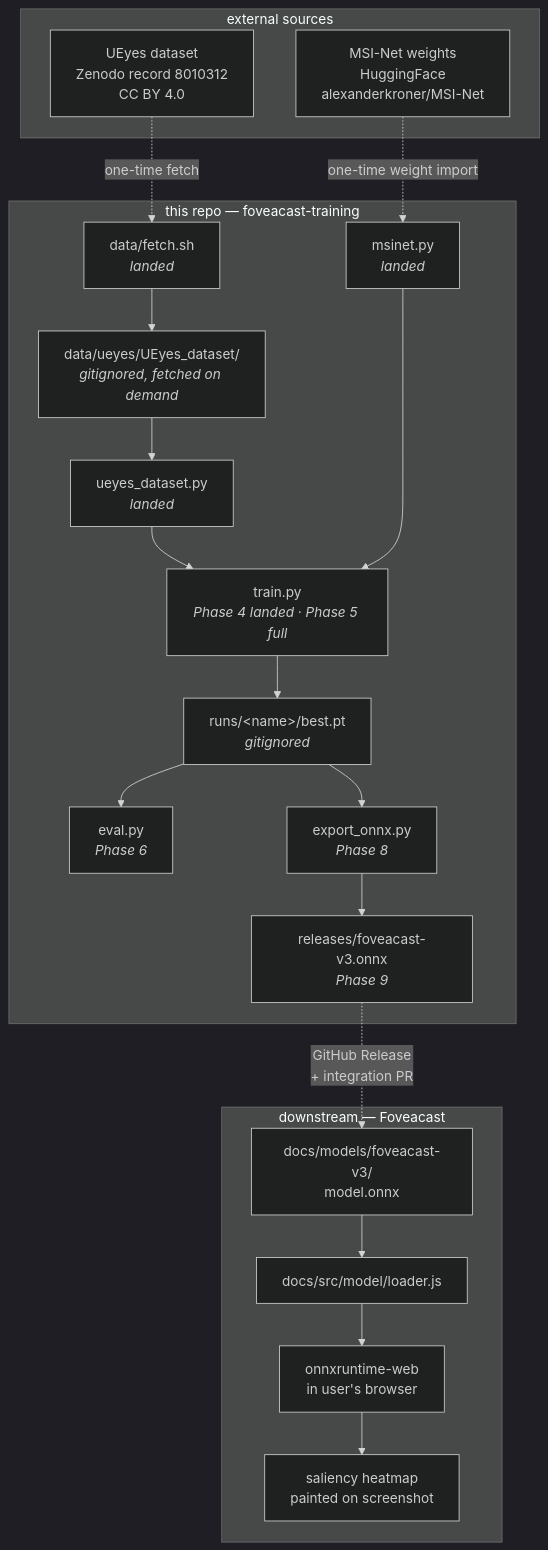
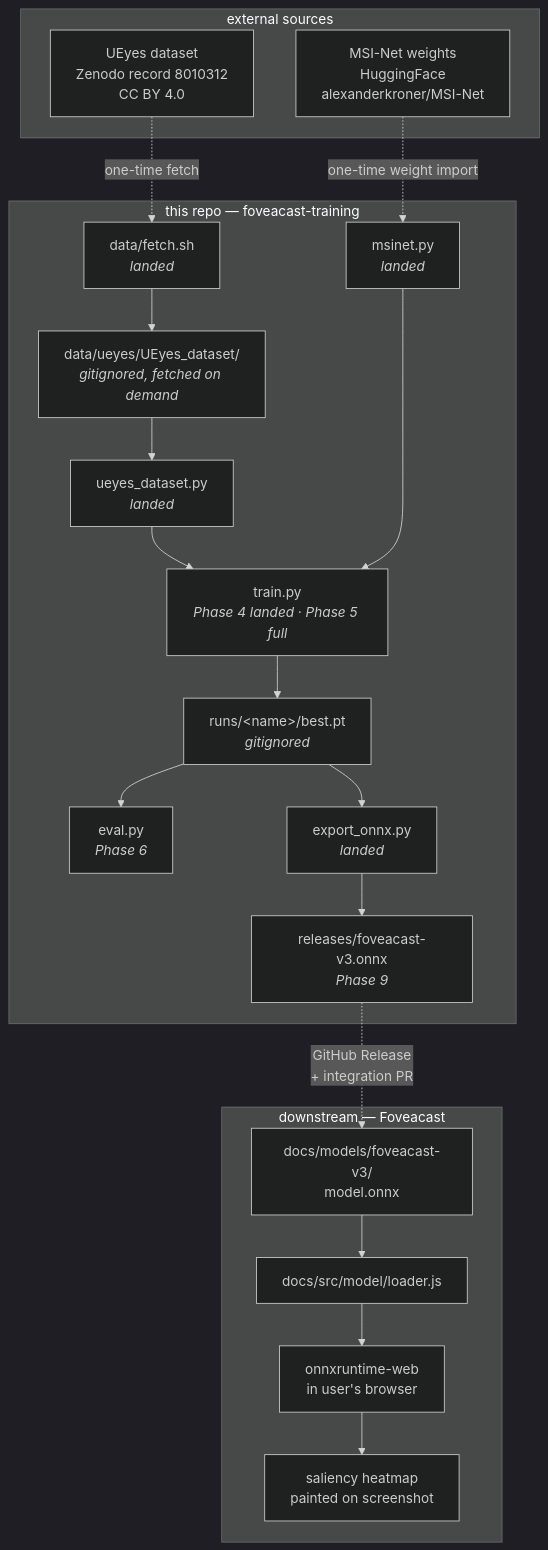
The diagram in ARCHITECTURE.md (khawkins98/foveacast-training), drawn with Mermaid (dark theme) before and after one commit. The commit also changed other lines of this file and 5 other files, not shown here.

````diff
--- a/ARCHITECTURE.md
+++ b/ARCHITECTURE.md
@@ -25,41 +25,41 @@
 ```mermaid
 flowchart TD
     subgraph external["external sources"]
         UEYES["UEyes dataset<br/>Zenodo record 8010312<br/>CC BY 4.0"]
         MSINET["MSI-Net weights<br/>HuggingFace<br/>alexanderkroner/MSI-Net"]
     end
 
     subgraph this_repo["this repo — foveacast-training"]
         FETCH["data/fetch.sh<br/><i>landed</i>"]
         DATA["data/ueyes/UEyes_dataset/<br/><i>gitignored, fetched on demand</i>"]
         LOADER["ueyes_dataset.py<br/><i>landed</i>"]
         MODEL["msinet.py<br/><i>landed</i>"]
         TRAIN["train.py<br/><i>Phase 4 landed · Phase 5 full</i>"]
         CKPT["runs/&lt;name&gt;/best.pt<br/><i>gitignored</i>"]
         EVAL["eval.py<br/><i>Phase 6</i>"]
-        EXPORT["export_onnx.py<br/><i>Phase 8</i>"]
+        EXPORT["export_onnx.py<br/><i>landed</i>"]
         ARTEFACT["releases/foveacast-v3.onnx<br/><i>Phase 9</i>"]
     end
 
     subgraph foveacast["downstream — Foveacast"]
         ONNX_CONSUMED["docs/models/foveacast-v3/<br/>model.onnx"]
         LOADER_JS["docs/src/model/loader.js"]
         RUNTIME["onnxruntime-web<br/>in user's browser"]
         HEATMAP["saliency heatmap<br/>painted on screenshot"]
     end
 
     UEYES -.one-time fetch.-> FETCH
     FETCH --> DATA
     DATA --> LOADER
     MSINET -.one-time weight import.-> MODEL
     LOADER --> TRAIN
     MODEL --> TRAIN
     TRAIN --> CKPT
     CKPT --> EVAL
     CKPT --> EXPORT
     EXPORT --> ARTEFACT
     ARTEFACT -.GitHub Release<br/>+ integration PR.-> ONNX_CONSUMED
     ONNX_CONSUMED --> LOADER_JS
     LOADER_JS --> RUNTIME
     RUNTIME --> HEATMAP
 ```
````
